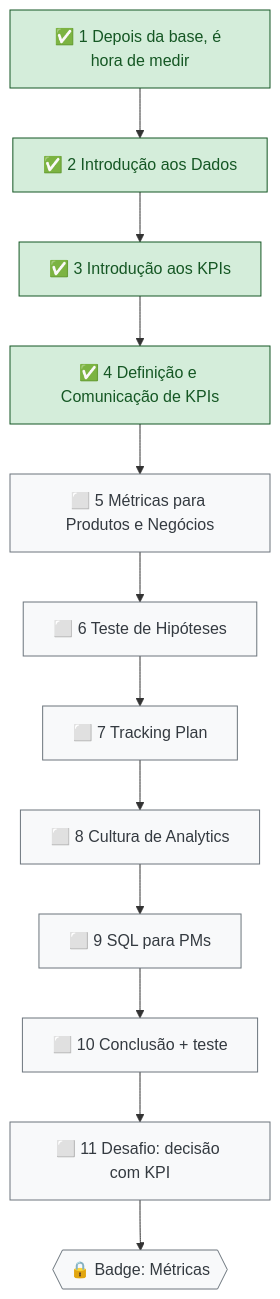
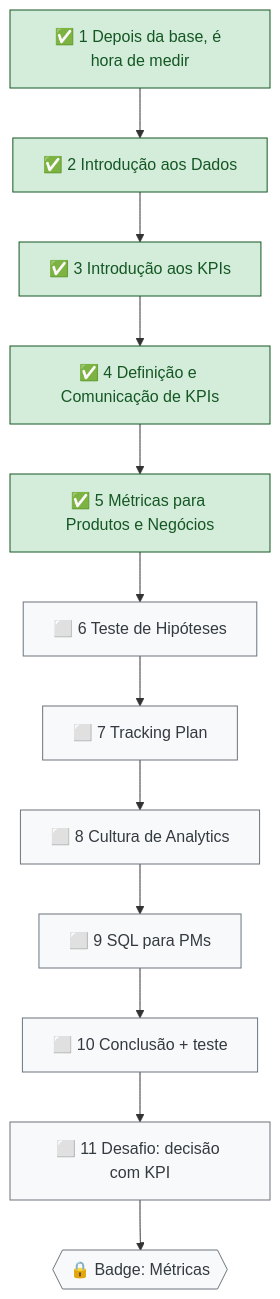
Before and after one commit to letsprown-code/po-learning-journal: the third of 3 diagrams in mapa-de-estudos.md, drawn with Mermaid. The commit also changed other lines of this file and 7 other files, not shown here.

First line of the commit message:
DPL 02 aula 5: Métricas para Produtos e Negócios (nota, 2 imagens, glossário, mapa)

```diff
--- a/mapa-de-estudos.md
+++ b/mapa-de-estudos.md
@@ -104,12 +104,12 @@
 ~~~mermaid
 flowchart TD
     N1["✅ 1 Depois da base, é hora de medir"] --> N2["✅ 2 Introdução aos Dados"] --> N3["✅ 3 Introdução aos KPIs"]
-    N3 --> N4["✅ 4 Definição e Comunicação de KPIs"] --> N5["⬜ 5 Métricas para Produtos e Negócios"] --> N6["⬜ 6 Teste de Hipóteses"]
+    N3 --> N4["✅ 4 Definição e Comunicação de KPIs"] --> N5["✅ 5 Métricas para Produtos e Negócios"] --> N6["⬜ 6 Teste de Hipóteses"]
     N6 --> N7["⬜ 7 Tracking Plan"] --> N8["⬜ 8 Cultura de Analytics"] --> N9["⬜ 9 SQL para PMs"]
     N9 --> N10["⬜ 10 Conclusão + teste"] --> N11["⬜ 11 Desafio: decisão com KPI"]
     N11 --> B2{{"🔒 Badge: Métricas"}}
     classDef done fill:#d4edda,stroke:#155724,color:#155724
     classDef todo fill:#f8f9fa,stroke:#6c757d,color:#343a40
-    class N1,N2,N3,N4 done
-    class N5,N6,N7,N8,N9,N10,N11,B2 todo
+    class N1,N2,N3,N4,N5 done
+    class N6,N7,N8,N9,N10,N11,B2 todo
 ~~~
```
